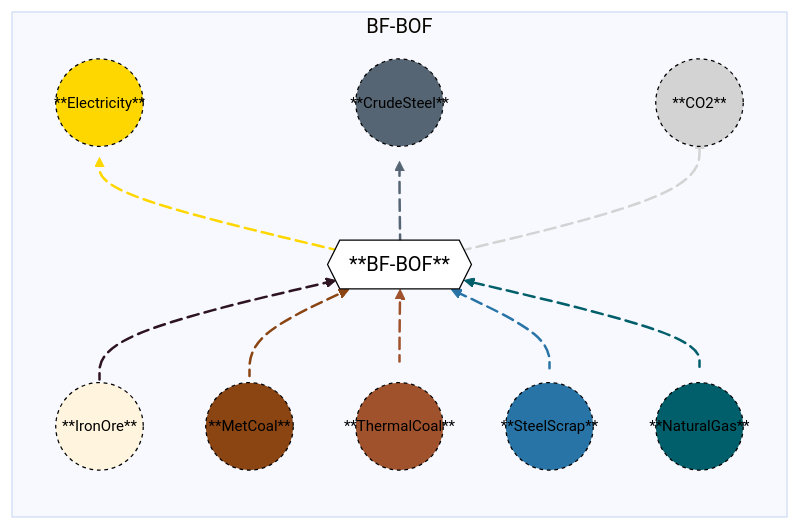
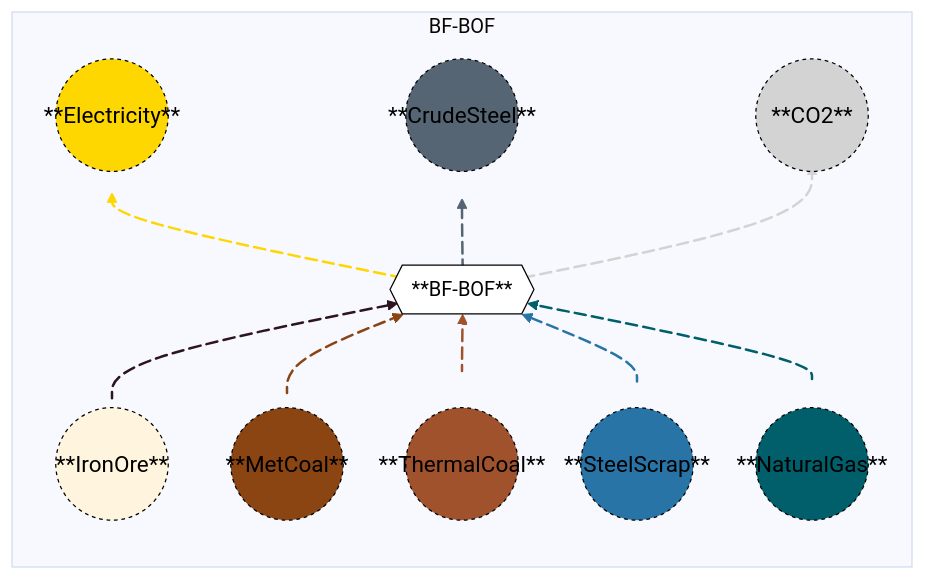
One commit to acheng1757/MacroEnergy-Abbie.jl changed the diagram in docs/src/Manual/assets/blastfurnacebasicoxygenfurnace.md. Above: the diagram before and after it, drawn with Mermaid.

Commit message:
Increase font size and radius for styles in manual

````diff
--- a/docs/src/Manual/assets/blastfurnacebasicoxygenfurnace.md
+++ b/docs/src/Manual/assets/blastfurnacebasicoxygenfurnace.md
@@ -28,43 +28,43 @@
 ```mermaid
 %%{init: {'theme': 'base', 'themeVariables': { 'background': '#D1EBDE' }}}%%
 flowchart BT
   subgraph BF-BOF
   direction BT
     A1(("**IronOre**")) e1@-->B{{"**BF-BOF**"}}
     A2(("**MetCoal**")) e2@-->B{{"**BF-BOF**"}}
     A3(("**ThermalCoal**")) e3@-->B{{"**BF-BOF**"}}
     A4(("**SteelScrap**")) e4@-->B{{"**BF-BOF**"}}
     A5(("**NaturalGas**")) e5@-->B{{"**BF-BOF**"}}
     B{{"**BF-BOF**"}} e6@-->C1(("**Electricity**"))
     B{{"**BF-BOF**"}} e7@-->C2(("**CrudeSteel**"))
     B{{"**BF-BOF**"}} e8@-->C3(("**CO2**"))
 
     e1@{ animate: true }
     e2@{ animate: true }
     e3@{ animate: true }
     e4@{ animate: true }
     e5@{ animate: true }
     e6@{ animate: true }
     e7@{ animate: true }
     e8@{ animate: true }
  end
-    style A1 font-size:12px,r:35px,fill:#FFD700D,stroke:black,color:black,stroke-dasharray: 3,5;
-    style A2 font-size:12px,r:35px,fill:#8B4513,stroke:black,color:black,stroke-dasharray: 3,5;
-    style A3 font-size:12px,r:35px,fill:#A0522D,stroke:black,color:black,stroke-dasharray: 3,5;
-    style A4 font-size:12px,r:35px,fill:#2874A6,stroke:black,color:black,stroke-dasharray: 3,5;
-    style A5 font-size:12px,r:35px,fill:#005F6A,stroke:black,color:black,stroke-dasharray: 3,5;
+    style A1 font-size:18px,r:45px,fill:#FFD700D,stroke:black,color:black,stroke-dasharray: 3,5;
+    style A2 font-size:18px,r:45px,fill:#8B4513,stroke:black,color:black,stroke-dasharray: 3,5;
+    style A3 font-size:18px,r:45px,fill:#A0522D,stroke:black,color:black,stroke-dasharray: 3,5;
+    style A4 font-size:18px,r:45px,fill:#2874A6,stroke:black,color:black,stroke-dasharray: 3,5;
+    style A5 font-size:18px,r:45px,fill:#005F6A,stroke:black,color:black,stroke-dasharray: 3,5;
     style B fill:white,stroke:black,color:black;
-    style C1 font-size:12px,r:35px,fill:#FFD700,stroke:black,color:black,stroke-dasharray: 3,5;
-    style C2 font-size:12px,r:35px,fill:#566573,stroke:black,color:black,stroke-dasharray: 3,5;
-    style C3 font-size:12px,r:35px,fill:lightgray,stroke:black,color:black,stroke-dasharray: 3,5;
+    style C1 font-size:18px,r:45px,fill:#FFD700,stroke:black,color:black,stroke-dasharray: 3,5;
+    style C2 font-size:18px,r:45px,fill:#566573,stroke:black,color:black,stroke-dasharray: 3,5;
+    style C3 font-size:18px,r:45px,fill:lightgray,stroke:black,color:black,stroke-dasharray: 3,5;
     linkStyle 0 stroke:#FFD700D, stroke-width: 2px;
     linkStyle 1 stroke:#8B4513, stroke-width: 2px;
     linkStyle 2 stroke:#A0522D, stroke-width: 2px;
     linkStyle 3 stroke:#2874A6, stroke-width: 2px;
     linkStyle 4 stroke:#005F6A, stroke-width: 2px;
     linkStyle 5 stroke:#FFD700, stroke-width: 2px;
     linkStyle 6 stroke:#566573, stroke-width: 2px;
     linkStyle 7 stroke:lightgray, stroke-width: 2px;
 
 
 ```
````
